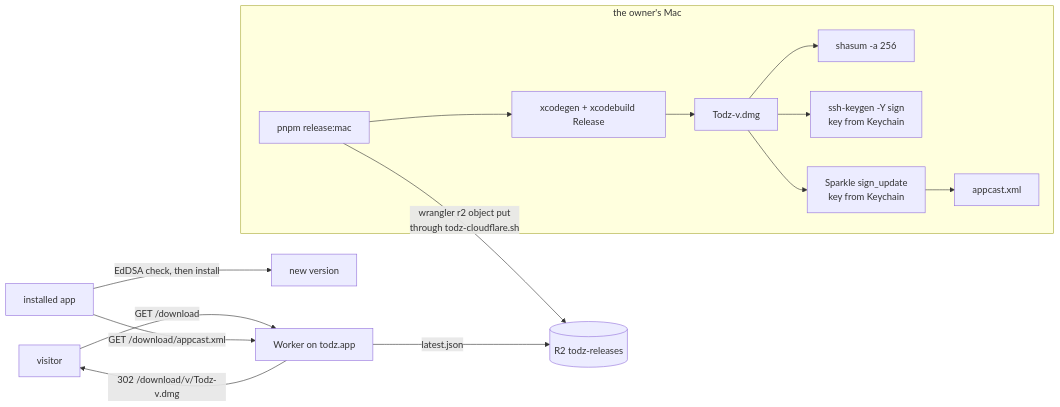
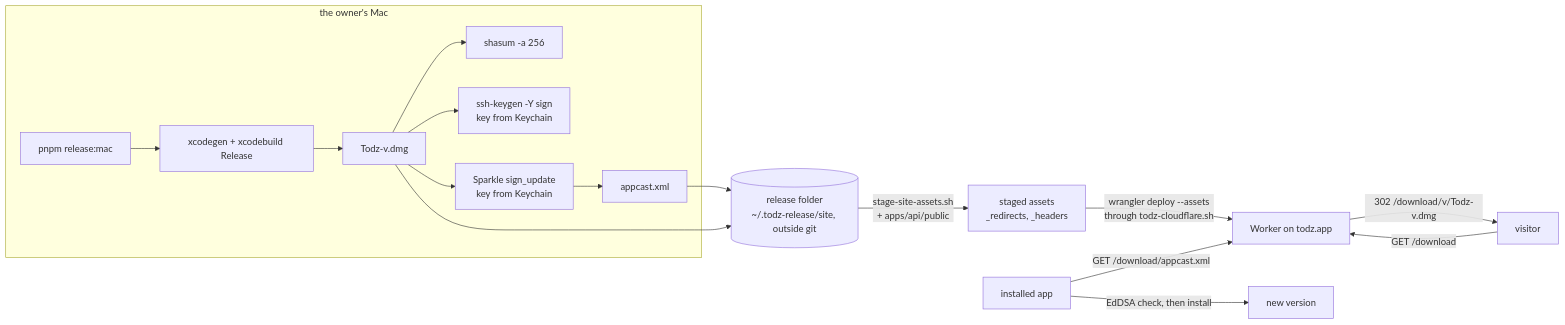
The diagram in docs/features/mac-distribution/spec.md (dhyegocalota/todz), drawn with Mermaid before and after one commit. The commit also changed other lines of this file and 7 other files, not shown here.

Commit message:
docs(mac-distribution): serve releases as Worker assets, not R2

````diff
--- a/docs/features/mac-distribution/spec.md
+++ b/docs/features/mac-distribution/spec.md
@@ -39,17 +39,19 @@
 ```mermaid
 flowchart LR
   subgraph Mac[the owner's Mac]
     R[pnpm release:mac] --> X[xcodegen + xcodebuild Release]
     X --> D[Todz-v.dmg]
     D --> S[shasum -a 256]
     D --> G[ssh-keygen -Y sign<br/>key from Keychain]
     D --> U[Sparkle sign_update<br/>key from Keychain]
     U --> A[appcast.xml]
   end
-  R -->|wrangler r2 object put<br/>through todz-cloudflare.sh| B[(R2 todz-releases)]
-  V[visitor] -->|GET /download| W[Worker on todz.app]
-  W -->|latest.json| B
+  A --> F[(release folder<br/>~/.todz-release/site, outside git)]
+  D --> F
+  F -->|stage-site-assets.sh<br/>+ apps/api/public| T[staged assets<br/>_redirects, _headers]
+  T -->|wrangler deploy --assets<br/>through todz-cloudflare.sh| W[Worker on todz.app]
+  V[visitor] -->|GET /download| W
   W -->|302 /download/v/Todz-v.dmg| V
   P[installed app] -->|GET /download/appcast.xml| W
   P -->|EdDSA check, then install| V2[new version]
 ```
````
